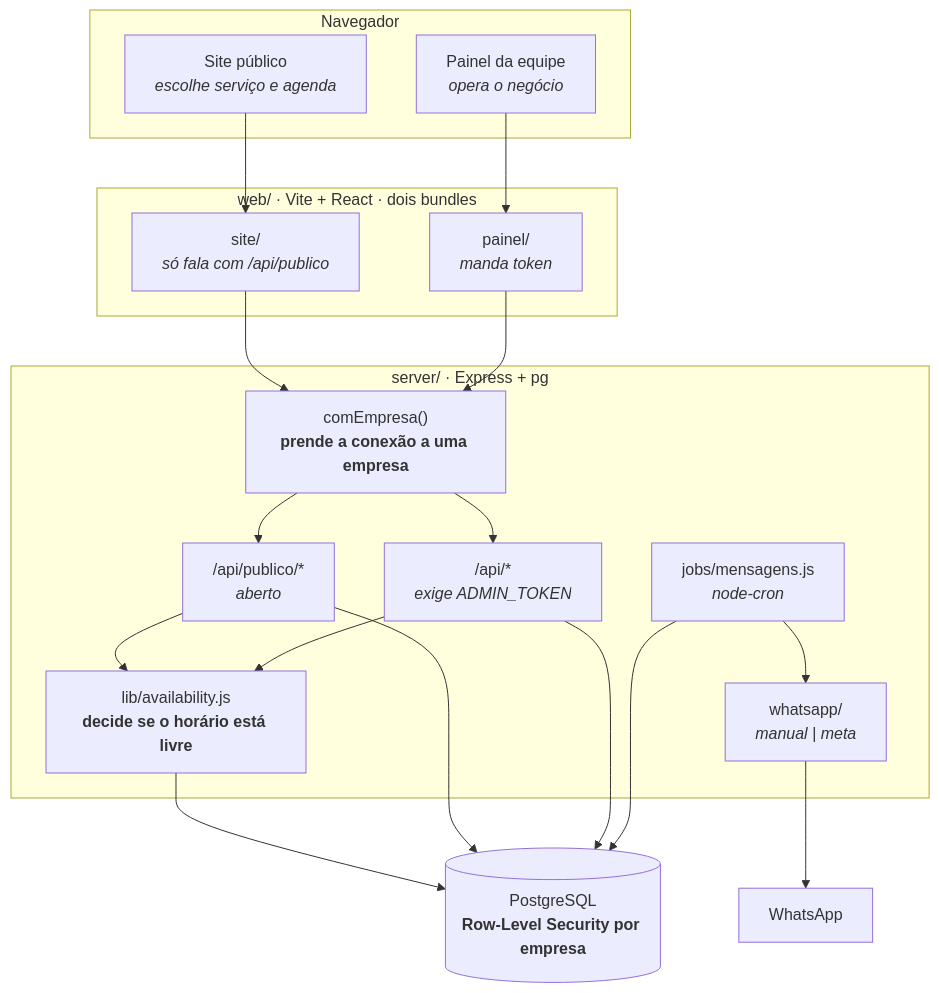
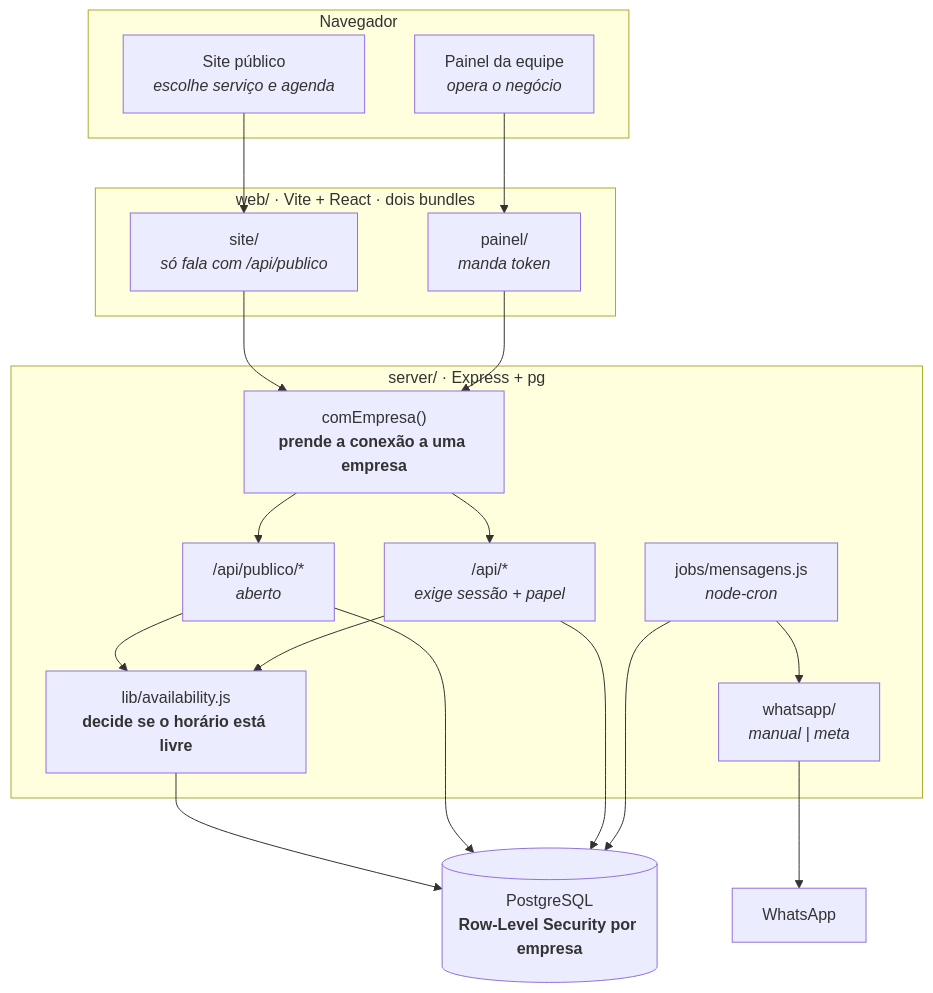
One commit to victortalvarenga-arch/Vital changed the first of 2 diagrams in ARQUITETURA.md. Above: the diagram before and after it, drawn with Mermaid. The commit also changed other lines of this file and 17 other files, not shown here.

````diff
--- a/ARQUITETURA.md
+++ b/ARQUITETURA.md
@@ -8,39 +8,39 @@
 ```mermaid
 flowchart TB
     subgraph nav["Navegador"]
         site["Site público<br><i>escolhe serviço e agenda</i>"]
         painel["Painel da equipe<br><i>opera o negócio</i>"]
     end
 
     subgraph front["web/ · Vite + React · dois bundles"]
         site2["site/<br><i>só fala com /api/publico</i>"]
         painel2["painel/<br><i>manda token</i>"]
     end
 
     subgraph back["server/ · Express + pg"]
         emp["comEmpresa()<br><b>prende a conexão a uma empresa</b>"]
         publico["/api/publico/*<br><i>aberto</i>"]
-        privado["/api/*<br><i>exige ADMIN_TOKEN</i>"]
+        privado["/api/*<br><i>exige sessão + papel</i>"]
         motor["lib/availability.js<br><b>decide se o horário está livre</b>"]
         fila["jobs/mensagens.js<br><i>node-cron</i>"]
         prov["whatsapp/<br><i>manual | meta</i>"]
     end
 
     db[("PostgreSQL<br><b>Row-Level Security por empresa</b>")]
     wa["WhatsApp"]
 
     site --> site2
     painel --> painel2
     site2 --> emp
     painel2 --> emp
     emp --> publico
     emp --> privado
     publico --> motor
     privado --> motor
     motor --> db
     publico --> db
     privado --> db
     fila --> db
     fila --> prov
     prov --> wa
 ```
````
